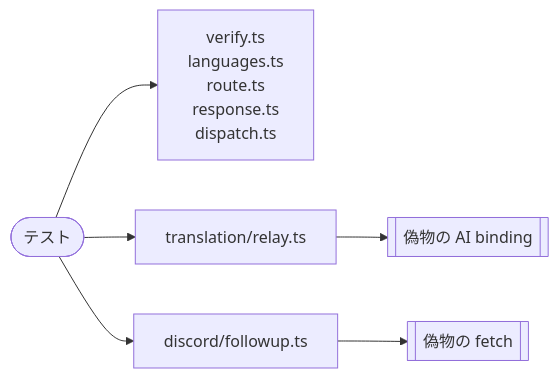
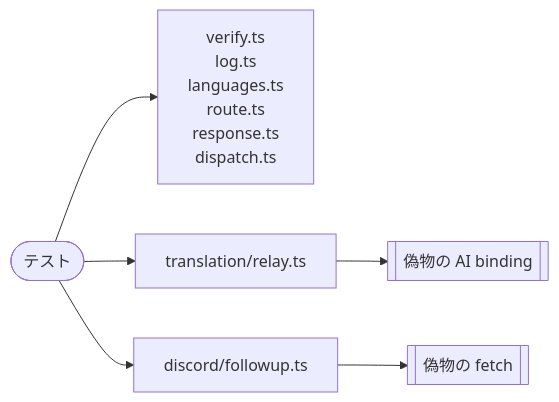
One commit to 9rotama/re-translate-bot changed the first of 3 diagrams in docs/testing.md. Above: the diagram before and after it, drawn with Mermaid. The commit also changed other lines of this file and 12 other files, not shown here.

````diff
--- a/docs/testing.md
+++ b/docs/testing.md
@@ -28,7 +28,7 @@
 ```mermaid
 flowchart LR
   test([テスト])
-  test --> pure["verify.ts<br>languages.ts<br>route.ts<br>response.ts<br>dispatch.ts"]
+  test --> pure["verify.ts<br>log.ts<br>languages.ts<br>route.ts<br>response.ts<br>dispatch.ts"]
   test --> relay["translation/relay.ts"] --> ai[["偽物の AI binding"]]
   test --> followup["discord/followup.ts"] --> fetch[["偽物の fetch"]]
 ```
````
